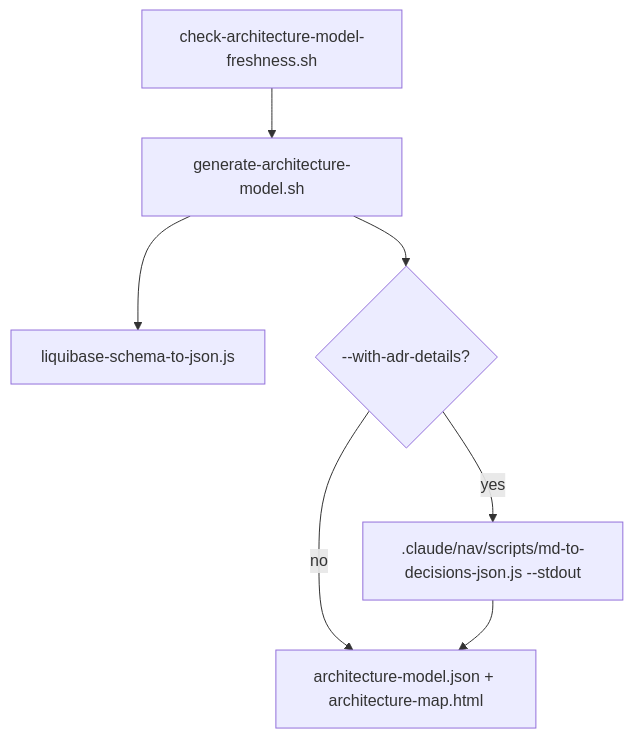
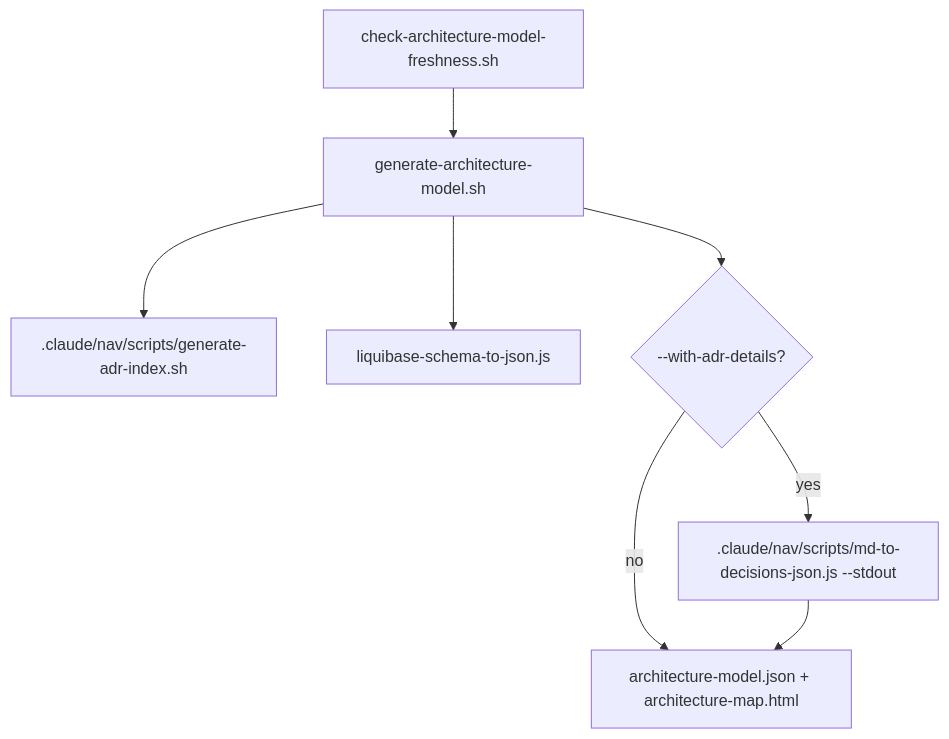
The diagram in docs/architecture/scripts/README.md (OstMutant/Advertisement), drawn with Mermaid before and after one commit. The commit also changed other lines of this file and 91 other files, not shown here.

First line of the commit message:
feat(improvement-241): promotion placements have no dates, unused columns and indexes are removed, the ERD links come from the changelogs

````diff
--- a/docs/architecture/scripts/README.md
+++ b/docs/architecture/scripts/README.md
@@ -26,9 +27,10 @@
 ```mermaid
 flowchart TD
     F[check-architecture-model-freshness.sh] --> A[generate-architecture-model.sh]
+    A --> G[".claude/nav/scripts/generate-adr-index.sh"]
     A --> B[liquibase-schema-to-json.js]
     A --> C{--with-adr-details?}
     C -->|yes| D[".claude/nav/scripts/md-to-decisions-json.js --stdout"]
     C -->|no| E[architecture-model.json + architecture-map.html]
     D --> E
 ```
````
